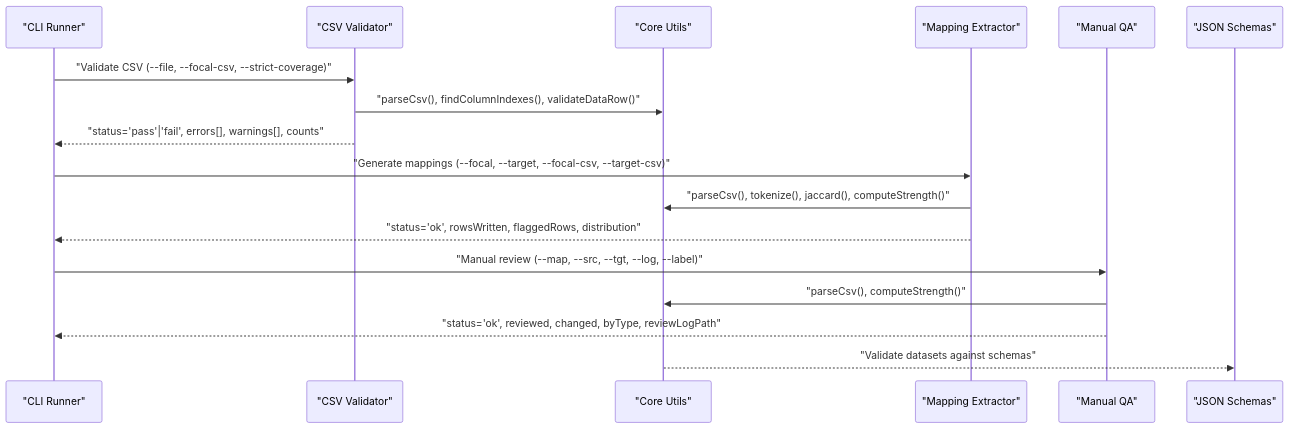
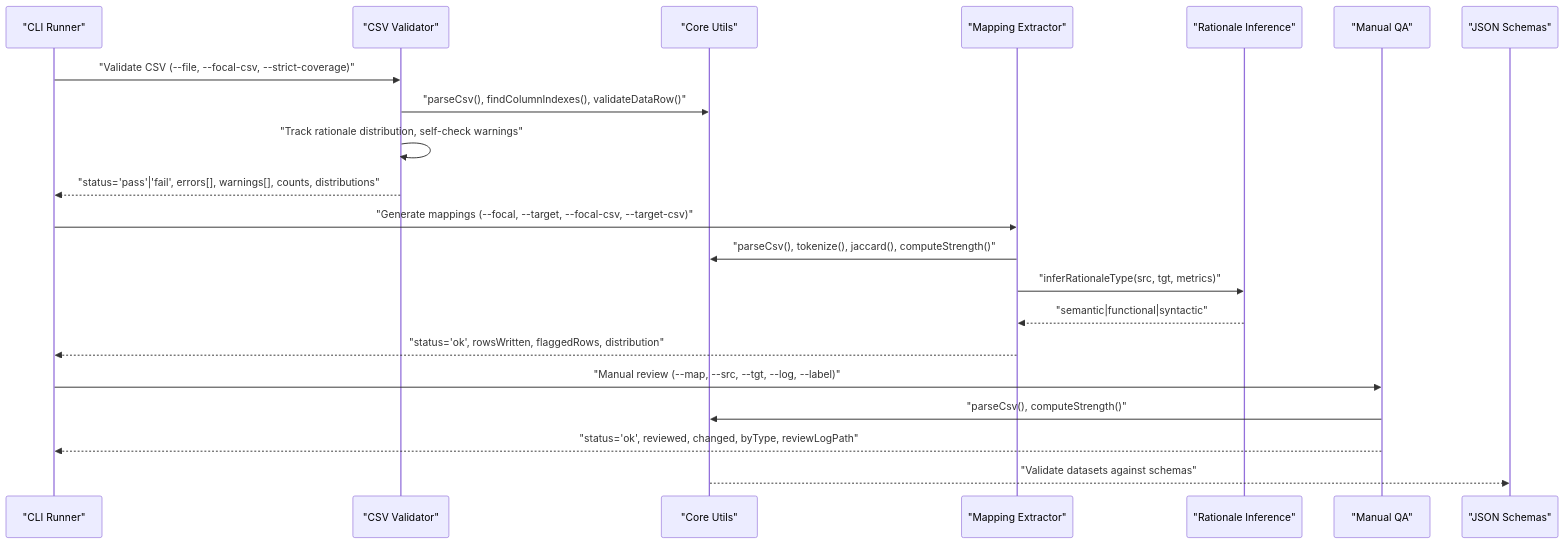
Before and after one commit to austinsonger/GRC-Mapping-Analyst: the second of 8 diagrams in .qoder/repowiki/en/content/Core Processing Engine and Algorithms/Quality Assurance and Error Handling.md, drawn with Mermaid. The commit also changed other lines of this file and 4 other files, not shown here.

````diff
--- a/.qoder/repowiki/en/content/Core Processing Engine and Algorithms/Quality Assurance and Error Handling.md
+++ b/.qoder/repowiki/en/content/Core Processing Engine and Algorithms/Quality Assurance and Error Handling.md
@@ -128,19 +148,23 @@
 ```mermaid
 sequenceDiagram
 participant CLI as "CLI Runner"
 participant VAL as "CSV Validator"
 participant CORE as "Core Utils"
 participant MAPX as "Mapping Extractor"
+participant INF as "Rationale Inference"
 participant MAN as "Manual QA"
 participant SCH as "JSON Schemas"
 CLI->>VAL : "Validate CSV (--file, --focal-csv, --strict-coverage)"
 VAL->>CORE : "parseCsv(), findColumnIndexes(), validateDataRow()"
-VAL-->>CLI : "status='pass'|'fail', errors[], warnings[], counts"
+VAL->>VAL : "Track rationale distribution, self-check warnings"
+VAL-->>CLI : "status='pass'|'fail', errors[], warnings[], counts, distributions"
 CLI->>MAPX : "Generate mappings (--focal, --target, --focal-csv, --target-csv)"
 MAPX->>CORE : "parseCsv(), tokenize(), jaccard(), computeStrength()"
+MAPX->>INF : "inferRationaleType(src, tgt, metrics)"
+INF-->>MAPX : "semantic|functional|syntactic"
 MAPX-->>CLI : "status='ok', rowsWritten, flaggedRows, distribution"
 CLI->>MAN : "Manual review (--map, --src, --tgt, --log, --label)"
 MAN->>CORE : "parseCsv(), computeStrength()"
 MAN-->>CLI : "status='ok', reviewed, changed, byType, reviewLogPath"
 CORE-->>SCH : "Validate datasets against schemas"
 ```
````
